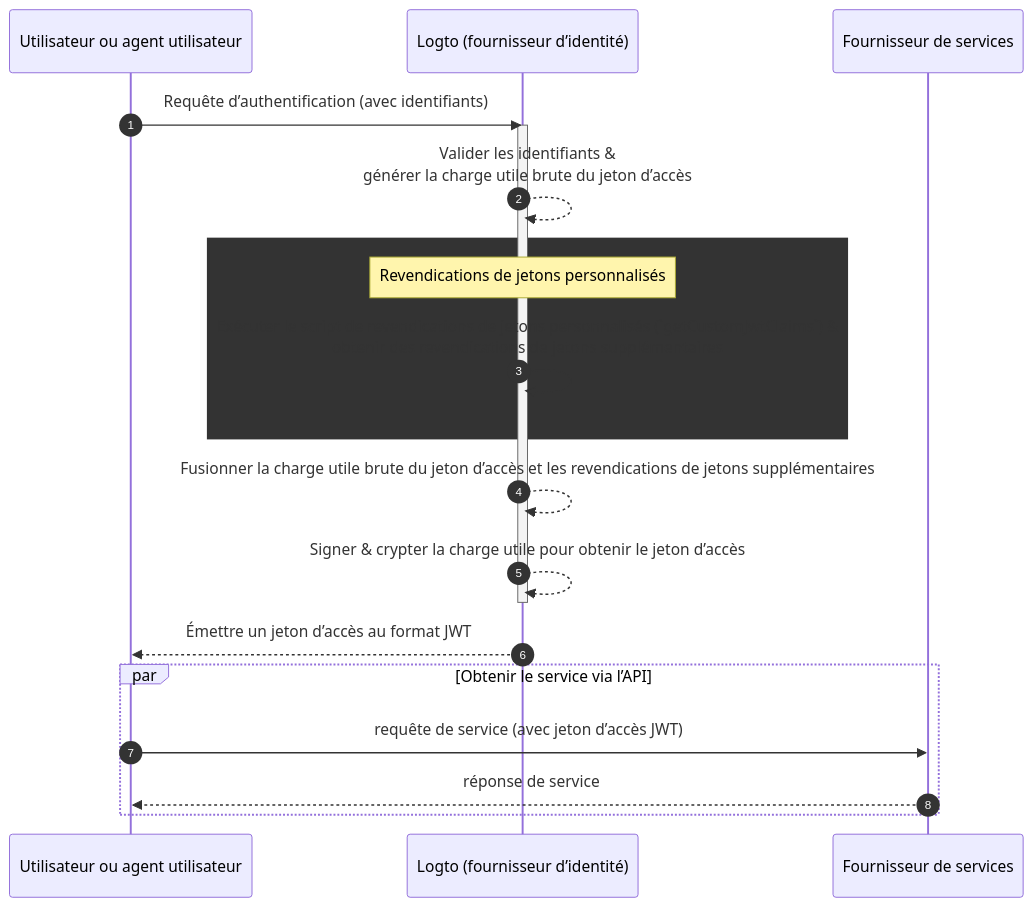
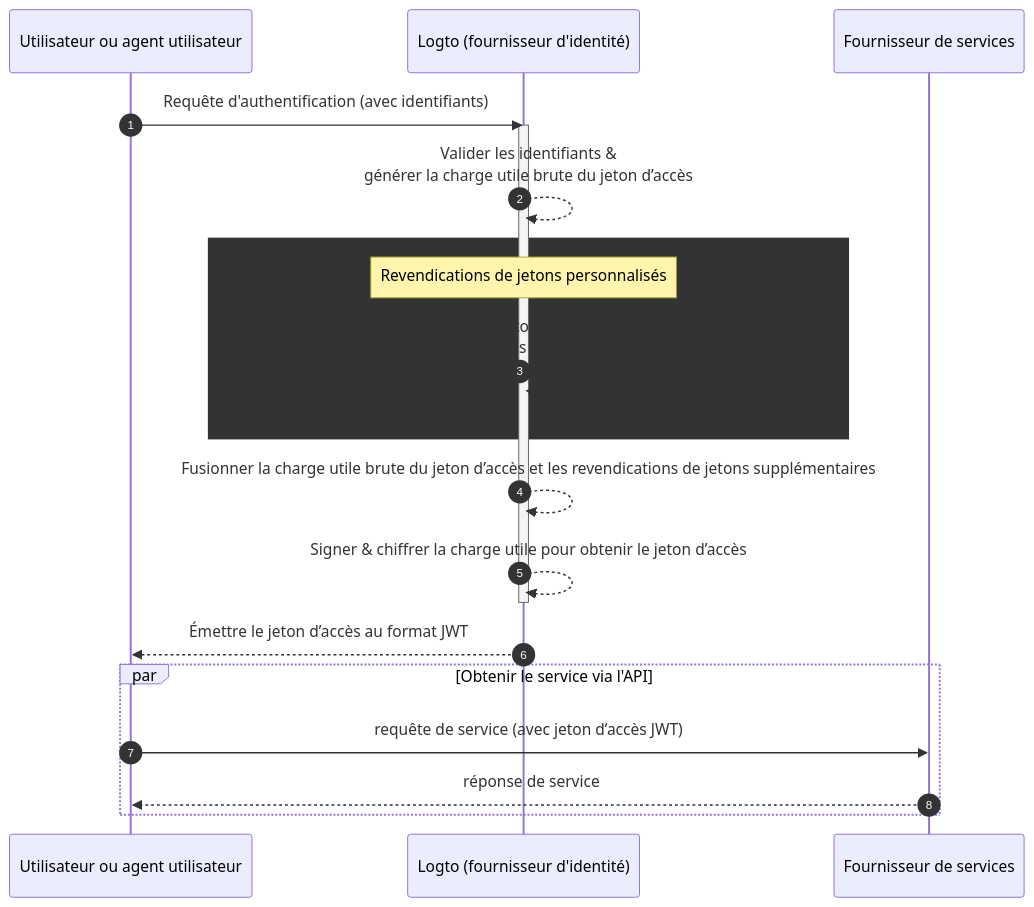
One commit to logto-io/docs changed the diagram in i18n/fr/docusaurus-plugin-content-docs/current/developers/custom-token-claims/README.mdx. Above: the diagram before and after it, drawn with Mermaid. The commit also changed other lines of this file and 428 other files, not shown here.

````diff
--- a/i18n/fr/docusaurus-plugin-content-docs/current/developers/custom-token-claims/README.mdx
+++ b/i18n/fr/docusaurus-plugin-content-docs/current/developers/custom-token-claims/README.mdx
@@ -24,23 +24,23 @@
 ```mermaid
 sequenceDiagram
   participant U as Utilisateur ou agent utilisateur
-  participant IdP as Logto (fournisseur d’identité)
+  participant IdP as Logto (fournisseur d'identité)
   participant SP as Fournisseur de services
 
   autonumber
-  U ->> IdP: Requête d’authentification (avec identifiants)
+  U ->> IdP: Requête d'authentification (avec identifiants)
   activate IdP
   IdP-->>IdP: Valider les identifiants &<br/>générer la charge utile brute du jeton d’accès
   rect var(--mermaid-rect-fill)
   note over IdP: Revendications de jetons personnalisés
   IdP->>IdP: Exécuter le script de revendications de jetons personnalisés (`getCustomJwtClaims`) &<br/>obtenir des revendications de jetons supplémentaires
   end
   IdP-->>IdP: Fusionner la charge utile brute du jeton d’accès et les revendications de jetons supplémentaires
-  IdP-->>IdP: Signer & crypter la charge utile pour obtenir le jeton d’accès
+  IdP-->>IdP: Signer & chiffrer la charge utile pour obtenir le jeton d’accès
   deactivate IdP
-  IdP-->>U: Émettre un jeton d’accès au format JWT
-  par Obtenir le service via l’API
+  IdP-->>U: Émettre le jeton d’accès au format JWT
+  par Obtenir le service via l'API
   U->>SP: requête de service (avec jeton d’accès JWT)
   SP-->>U: réponse de service
   end
 ```
````
